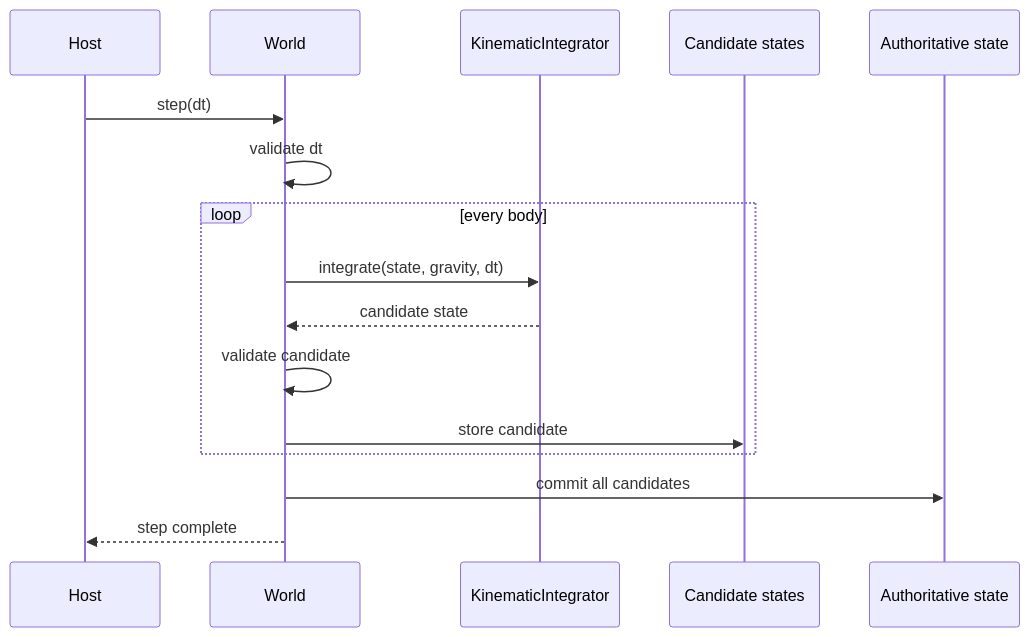
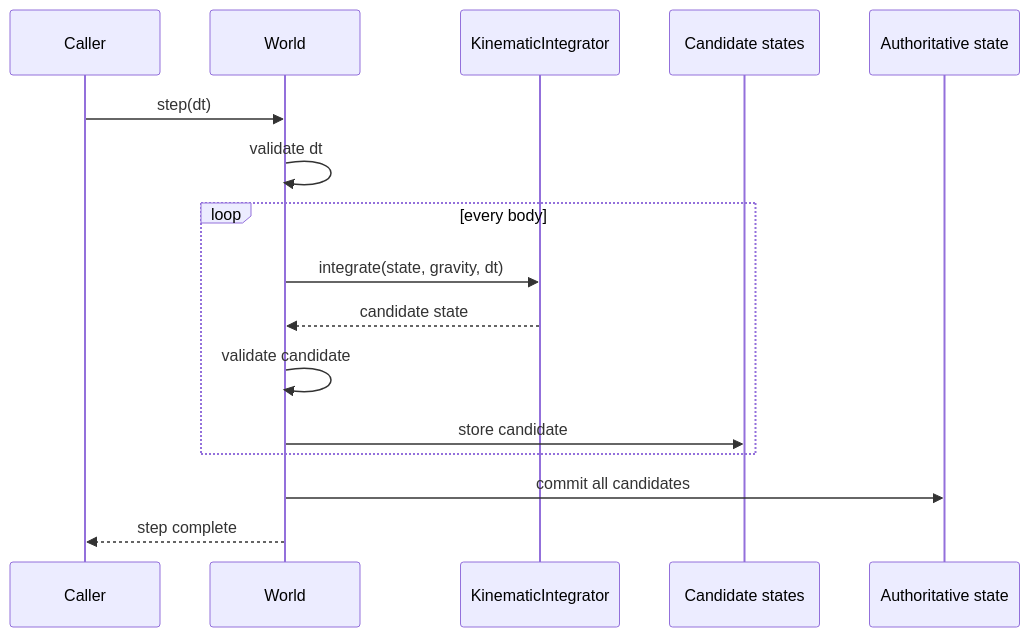
Before and after one commit to fa-ribeiro/vLab2D: the seventh of 22 diagrams in docs/architecture/README.md, drawn with Mermaid. The commit also changed other lines of this file and 9 other files, not shown here.

````diff
--- a/docs/architecture/README.md
+++ b/docs/architecture/README.md
@@ -351,21 +363,21 @@
 ```mermaid
 sequenceDiagram
-    participant Host
+    participant Caller
     participant World as World
     participant Integrator as KinematicIntegrator
     participant Candidates as Candidate states
     participant State as Authoritative state
 
-    Host->>World: step(dt)
+    Caller->>World: step(dt)
     World->>World: validate dt
 
     loop every body
         World->>Integrator: integrate(state, gravity, dt)
         Integrator-->>World: candidate state
         World->>World: validate candidate
         World->>Candidates: store candidate
     end
 
     World->>State: commit all candidates
-    World-->>Host: step complete
+    World-->>Caller: step complete
 ```
````
